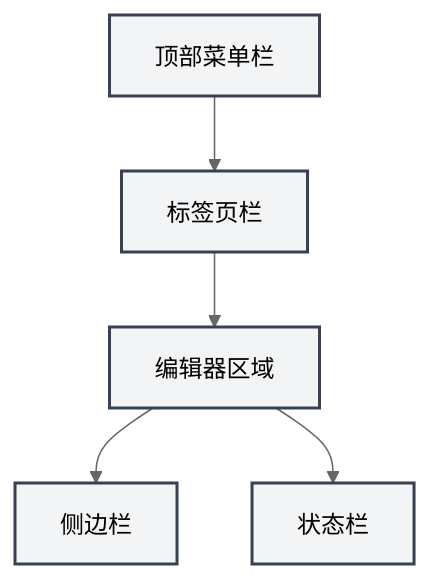
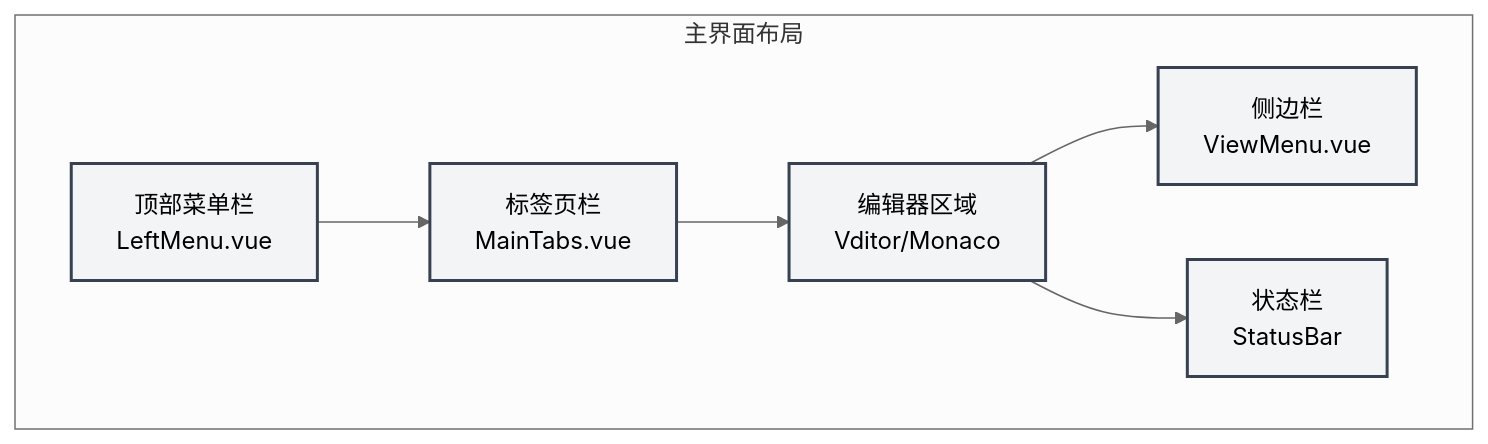
Before and after one commit to JaredYe04/MetaDoc: the first of 2 diagrams in meta-doc/src/renderer/src/manuals/zh_CN/quick-start/guide.md, drawn with Mermaid (neutral theme). The commit also changed other lines of this file and 11 other files, not shown here.

First line of the commit message:
docs: 完善用户手册文档，添加Demo组件和图表

````diff
--- a/meta-doc/src/renderer/src/manuals/zh_CN/quick-start/guide.md
+++ b/meta-doc/src/renderer/src/manuals/zh_CN/quick-start/guide.md
@@ -44,12 +56,14 @@
 ```mermaid
 graph TB
-    A[顶部菜单栏] --> B[标签页栏]
-    B --> C[编辑器区域]
-    C --> D[侧边栏]
-    C --> E[状态栏]
+    subgraph 主界面布局
+        A[顶部菜单栏<br/>LeftMenu.vue] --> B[标签页栏<br/>MainTabs.vue]
+        B --> C[编辑器区域<br/>Vditor/Monaco]
+        C --> D[侧边栏<br/>ViewMenu.vue]
+        C --> E[状态栏<br/>StatusBar]
+    end
     style A fill:#f3f4f6,stroke:#374151,stroke-width:2px
     style B fill:#f3f4f6,stroke:#374151,stroke-width:2px
     style C fill:#f3f4f6,stroke:#374151,stroke-width:2px
     style D fill:#f3f4f6,stroke:#374151,stroke-width:2px
     style E fill:#f3f4f6,stroke:#374151,stroke-width:2px
 ```
````
